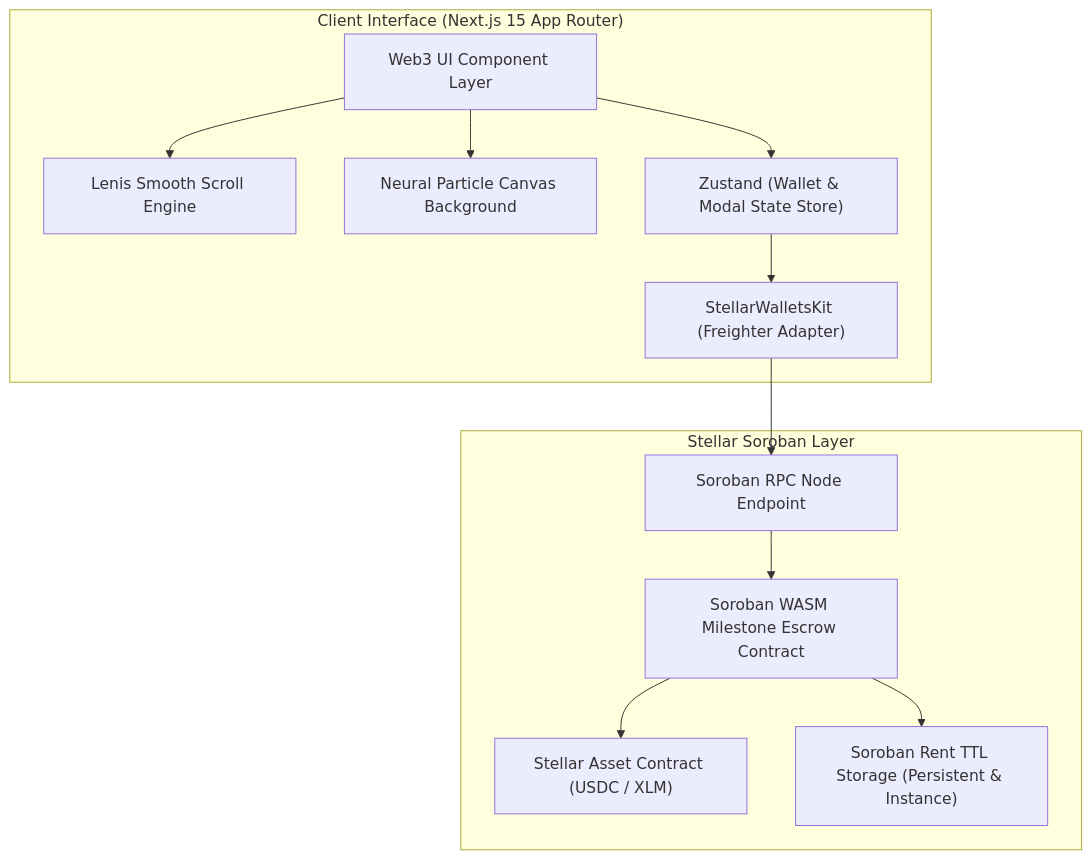
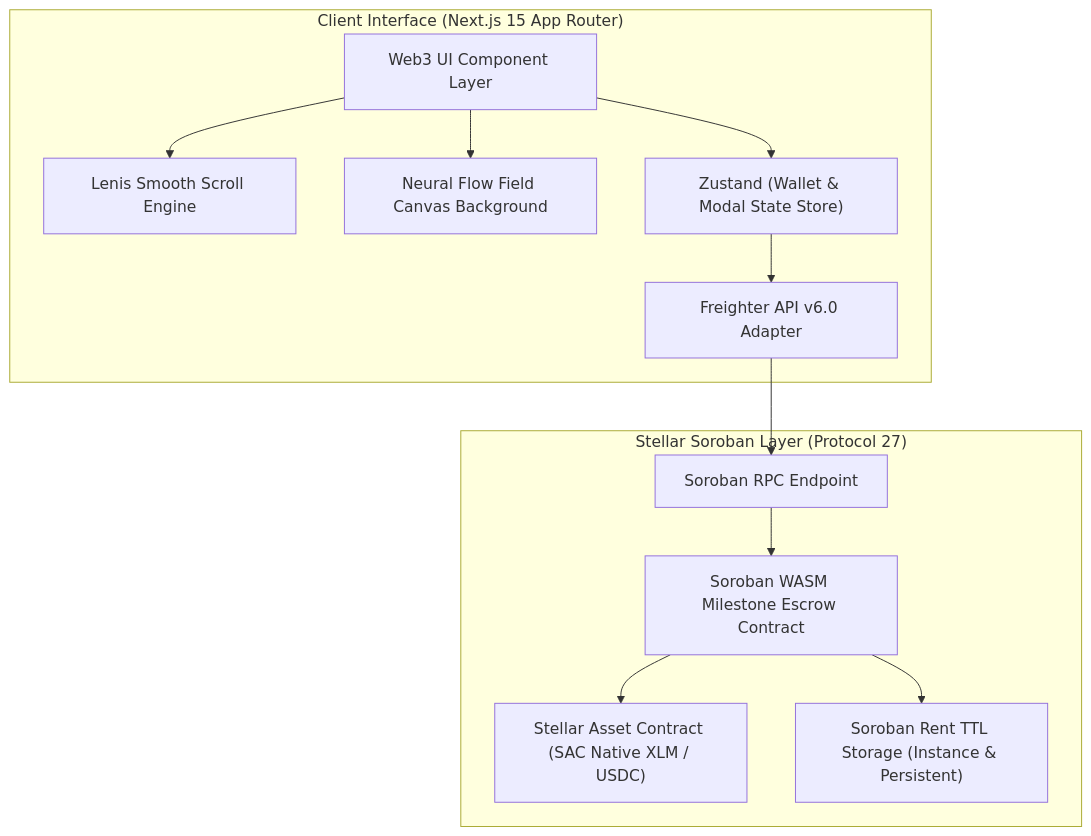
Before and after one commit to akshat3410/Veris: the diagram in README.md, drawn with Mermaid. The commit also changed other lines of this file and 2 other files, not shown here.

Commit message:
docs: enrich README with live Stellar Expert links, transaction hashes, and add 11 passing Vitest tests

````diff
--- a/README.md
+++ b/README.md
@@ -27,26 +40,26 @@
 ```mermaid
 flowchart TB
     subgraph Client ["Client Interface (Next.js 15 App Router)"]
         UI["Web3 UI Component Layer"]
         Lenis["Lenis Smooth Scroll Engine"]
-        Canvas["Neural Particle Canvas Background"]
+        Canvas["Neural Flow Field Canvas Background"]
         Zustand["Zustand (Wallet & Modal State Store)"]
-        SWK["StellarWalletsKit (Freighter Adapter)"]
+        Freighter["Freighter API v6.0 Adapter"]
     end
 
-    subgraph Blockchain ["Stellar Soroban Layer"]
-        RPC["Soroban RPC Node Endpoint"]
+    subgraph Blockchain ["Stellar Soroban Layer (Protocol 27)"]
+        RPC["Soroban RPC Endpoint"]
         Contract["Soroban WASM Milestone Escrow Contract"]
-        SAC["Stellar Asset Contract (USDC / XLM)"]
-        Storage["Soroban Rent TTL Storage (Persistent & Instance)"]
+        SAC["Stellar Asset Contract (SAC Native XLM / USDC)"]
+        Storage["Soroban Rent TTL Storage (Instance & Persistent)"]
     end
 
     UI --> Lenis
     UI --> Canvas
     UI --> Zustand
-    Zustand --> SWK
-    SWK --> RPC
+    Zustand --> Freighter
+    Freighter --> RPC
     RPC --> Contract
     Contract --> SAC
     Contract --> Storage
 ```
````
